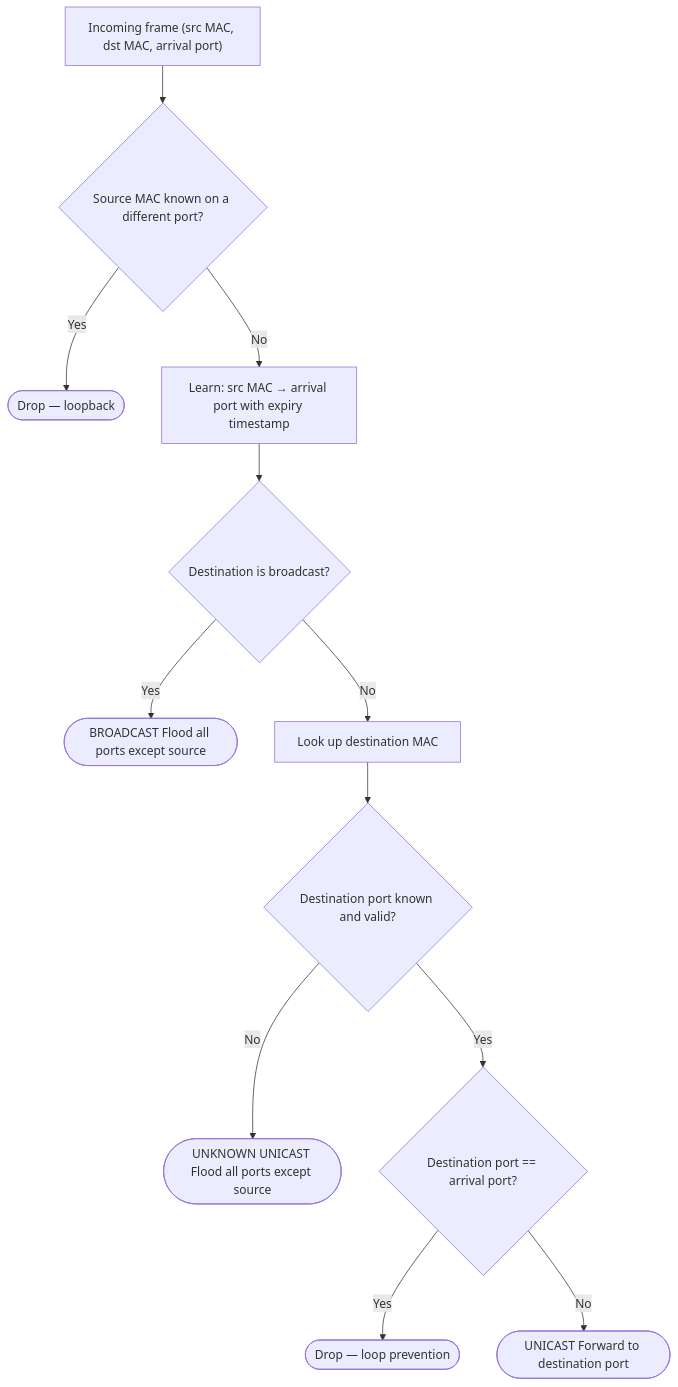
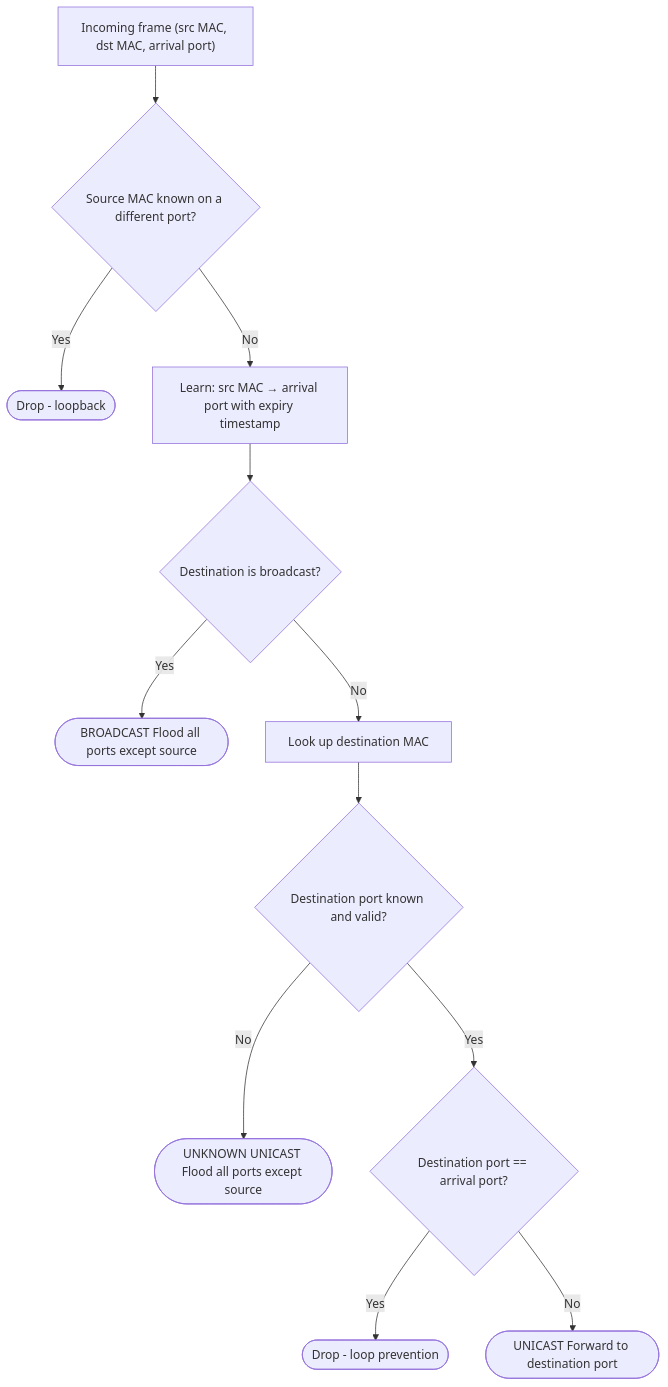
One commit to OrdinalUser/PySwitch changed the second of 3 diagrams in docs/documentation.md. Above: the diagram before and after it, drawn with Mermaid. The commit also changed other lines of this file and 7 other files, not shown here.

````diff
--- a/docs/documentation.md
+++ b/docs/documentation.md
@@ -62,15 +71,15 @@
 ```mermaid
 flowchart TD
     IN["Incoming frame (src MAC, dst MAC, arrival port)"]
     IN --> SRCCHECK{"Source MAC known on a different port?"}
-    SRCCHECK -- Yes --> D1([Drop — loopback])
+    SRCCHECK -- Yes --> D1([Drop - loopback])
     SRCCHECK -- No --> LEARN["Learn: src MAC → arrival port with expiry timestamp"]
     LEARN --> BCAST{"Destination is broadcast?"}
     BCAST -- Yes --> FB(["BROADCAST Flood all ports except source"])
     BCAST -- No --> LOOKUP["Look up destination MAC"]
     LOOKUP --> FOUND{"Destination port known and valid?"}
     FOUND -- No --> FU(["UNKNOWN UNICAST Flood all ports except source"])
     FOUND -- Yes --> SAME{"Destination port == arrival port?"}
-    SAME -- Yes --> D2([Drop — loop prevention])
+    SAME -- Yes --> D2([Drop - loop prevention])
     SAME -- No --> FW(["UNICAST Forward to destination port"])
 ```
````
